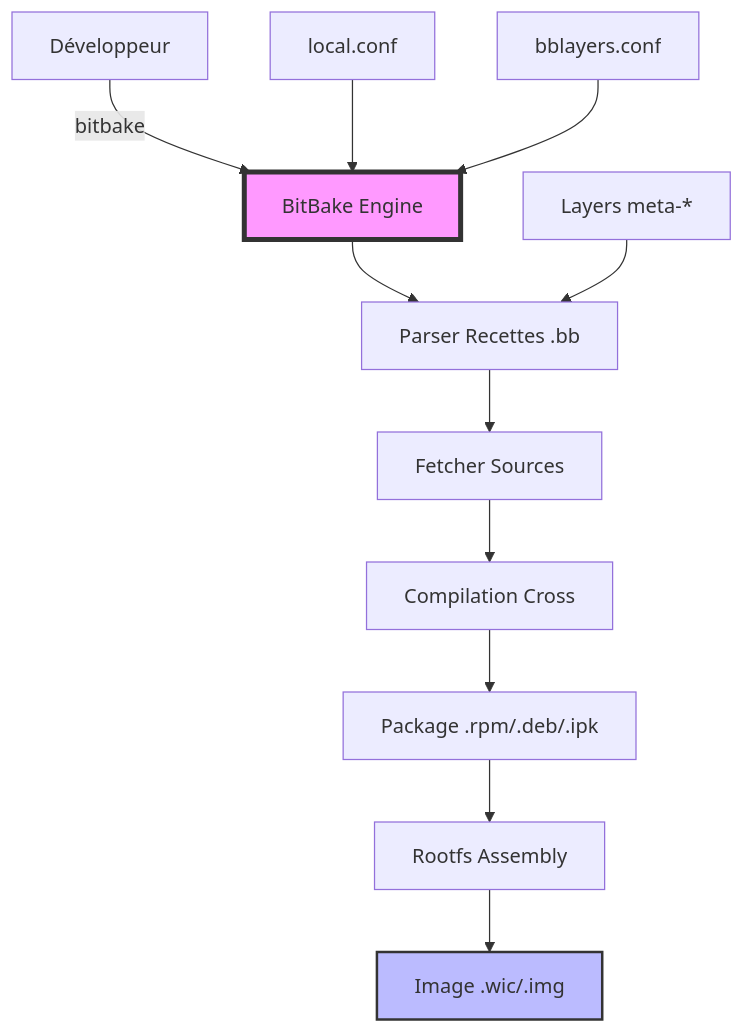
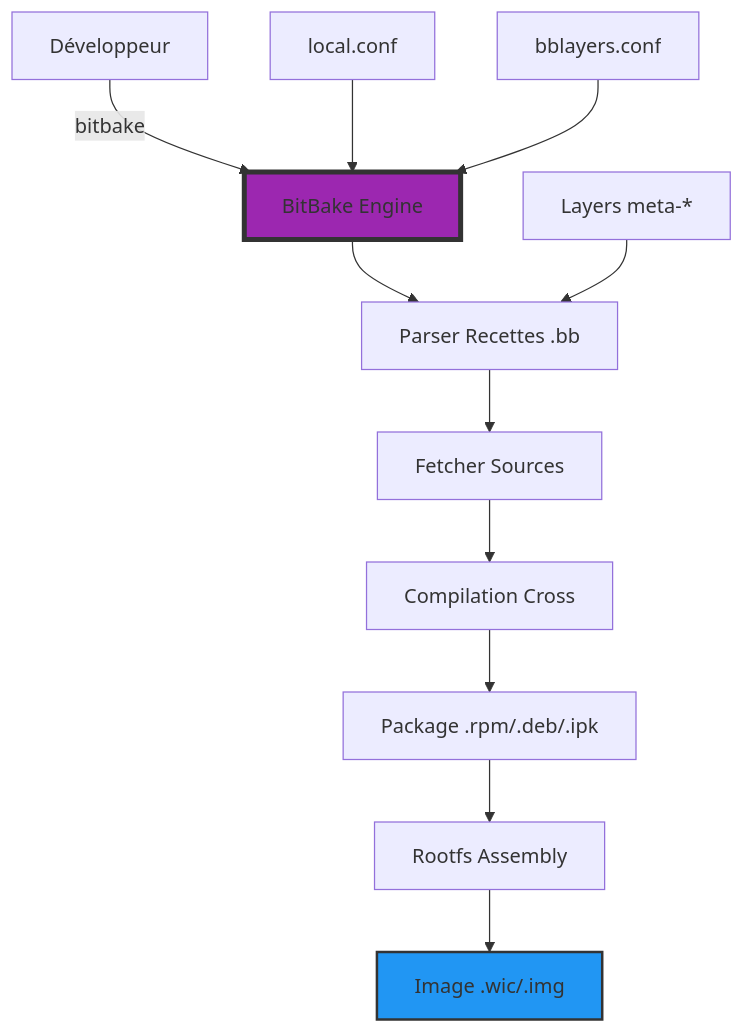
One commit to VBlackJack/ShellBook changed the diagram in docs/devops/embedded-linux.md. Above: the diagram before and after it, drawn with Mermaid. The commit also changed 337 other files, not shown here.

First line of the commit message:
refactor(docs): Standardize code blocks and Mermaid colors

````diff
--- a/docs/devops/embedded-linux.md
+++ b/docs/devops/embedded-linux.md
@@ -37,17 +37,17 @@
 ```mermaid
 graph TB
     A[Développeur] -->|bitbake| B[BitBake Engine]
     B --> C[Parser Recettes .bb]
     C --> D[Fetcher Sources]
     D --> E[Compilation Cross]
     E --> F[Package .rpm/.deb/.ipk]
     F --> G[Rootfs Assembly]
     G --> H[Image .wic/.img]
 
     I[Layers meta-*] --> C
     J[local.conf] --> B
     K[bblayers.conf] --> B
 
-    style B fill:#f9f,stroke:#333,stroke-width:4px
-    style H fill:#bbf,stroke:#333,stroke-width:2px
+    style B fill:#9C27B0,stroke:#333,stroke-width:4px
+    style H fill:#2196F3,stroke:#333,stroke-width:2px
 ```
````
